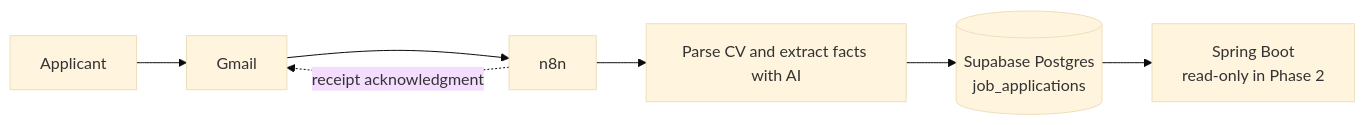
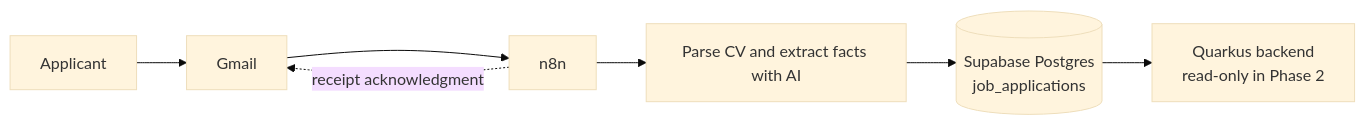
Before and after one commit to ronieldegozo/HR-Recruitment-Automation-System: the diagram in Docs/Phase_2_Guide.md, drawn with Mermaid (base theme). The commit also changed other lines of this file and 38 other files, not shown here.

Commit message:
Add Quarkus backend foundation and Phase 2 docs

````diff
--- a/Docs/Phase_2_Guide.md
+++ b/Docs/Phase_2_Guide.md
@@ -11,8 +11,8 @@
 ```mermaid
 flowchart LR
   Applicant --> Gmail --> n8n
   n8n --> Parse[Parse CV and extract facts with AI]
   Parse --> DB[(Supabase Postgres<br/>job_applications)]
   n8n -. receipt acknowledgment .-> Gmail
-  DB --> Backend[Spring Boot<br/>read-only in Phase 2]
+  DB --> Backend[Quarkus backend<br/>read-only in Phase 2]
 ```
````
